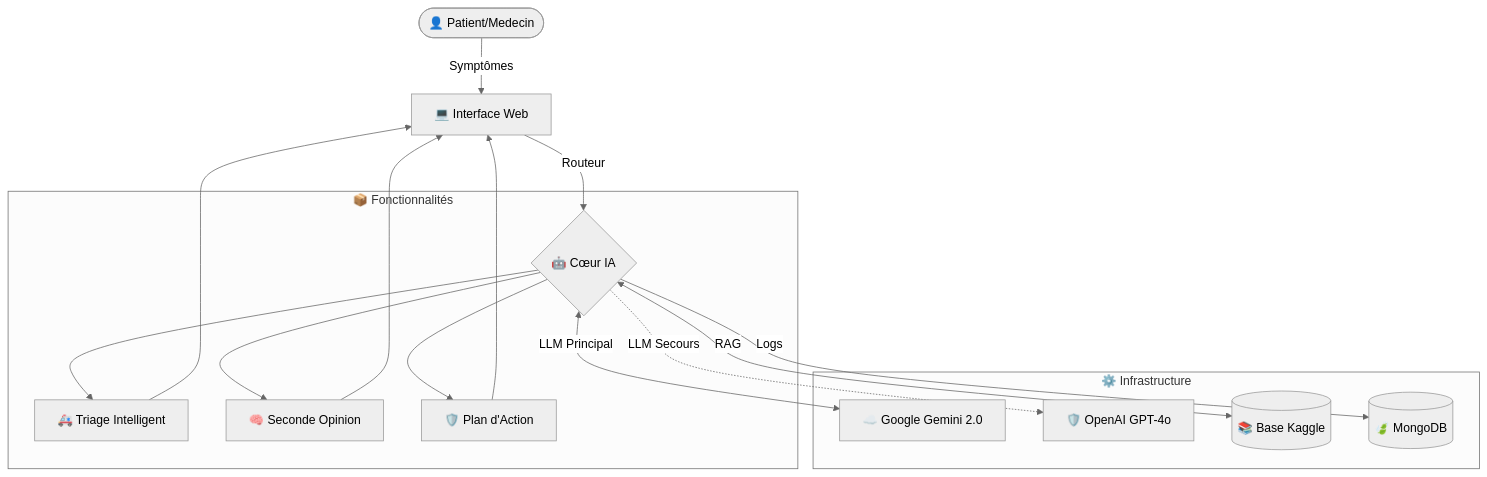
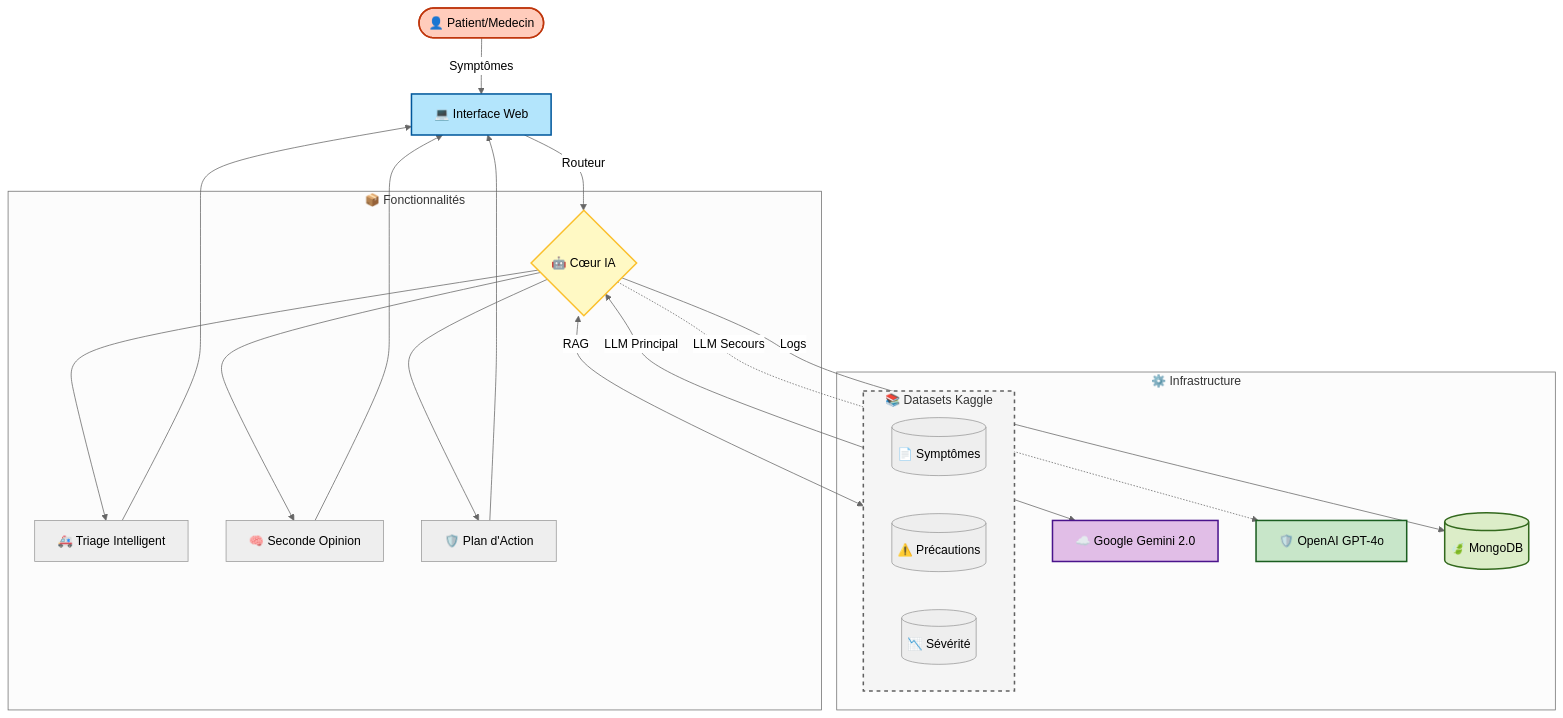
Before and after one commit to Adam-Blf/Projet-IA-Generative-Doctis-AI-mo: the first of 8 diagrams in README.md, drawn with Mermaid (neutral theme). The commit also changed other lines of this file, not shown here.

Commit message:
Docs: Update Mermaid diagrams with specific datasets and colors

````diff
--- a/README.md
+++ b/README.md
@@ -72,20 +72,34 @@
 ```mermaid
 graph TD
     User([👤 Patient/Medecin]) -->|Symptômes| UI[💻 Interface Web];
     UI -->|Routeur| Agent{🤖 Cœur IA};
     
     subgraph Modules [📦 Fonctionnalités]
         Agent --> Triage[🚑 Triage Intelligent];
         Agent --> SecondOp[🧠 Seconde Opinion];
         Agent --> Plan[🛡️ Plan d'Action];
     end
 
+    subgraph Data [📚 Datasets Kaggle]
+        D1[(📄 Symptômes)];
+        D2[(⚠️ Précautions)];
+        D3[(📉 Sévérité)];
+    end
+
     subgraph Backend [⚙️ Infrastructure]
         Agent <-->|LLM Principal| Gemini[☁️ Google Gemini 2.0];
         Agent -.->|LLM Secours| GPT[🛡️ OpenAI GPT-4o];
-        Agent <-->|RAG| DB[(📚 Base Kaggle)];
+        Agent <-->|RAG| Data;
         Agent -->|Logs| Mongo[(🍃 MongoDB)];
     end
     
     Triage & SecondOp & Plan --> UI;
+
+    style User fill:#ffccbc,stroke:#bf360c,stroke-width:2px;
+    style UI fill:#b3e5fc,stroke:#01579b,stroke-width:2px;
+    style Agent fill:#fff9c4,stroke:#fbc02d,stroke-width:2px;
+    style Gemini fill:#e1bee7,stroke:#4a148c,stroke-width:2px;
+    style GPT fill:#c8e6c9,stroke:#1b5e20,stroke-width:2px;
+    style Mongo fill:#dcedc8,stroke:#33691e,stroke-width:2px;
+    style Data fill:#f5f5f5,stroke:#616161,stroke-width:2px,stroke-dasharray: 5 5;
 ```
````
